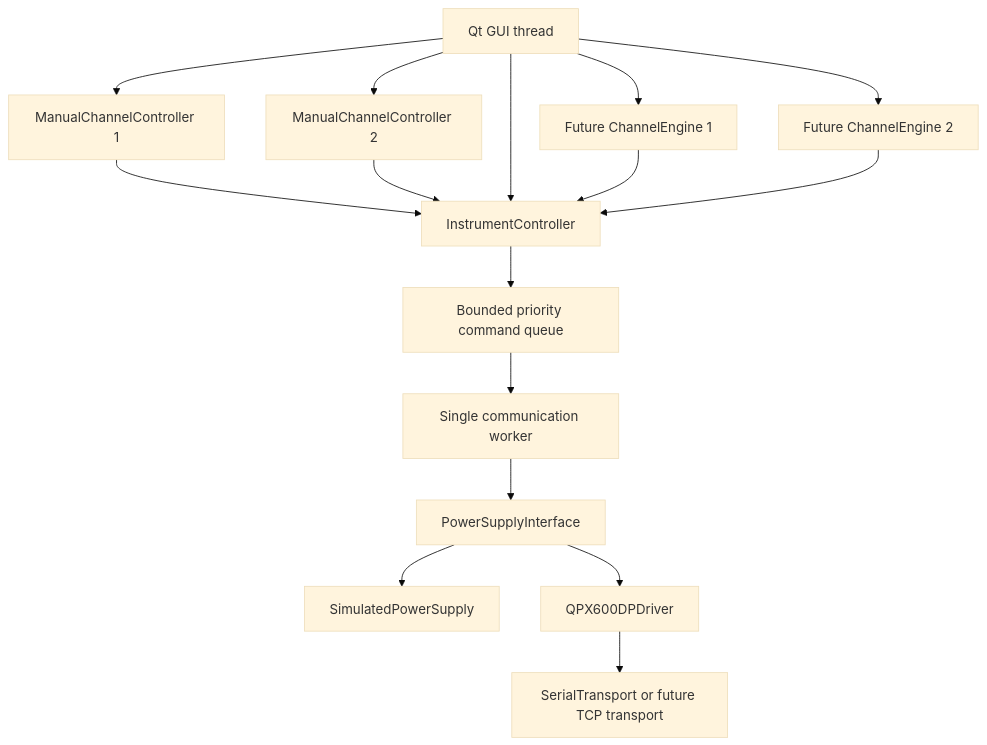
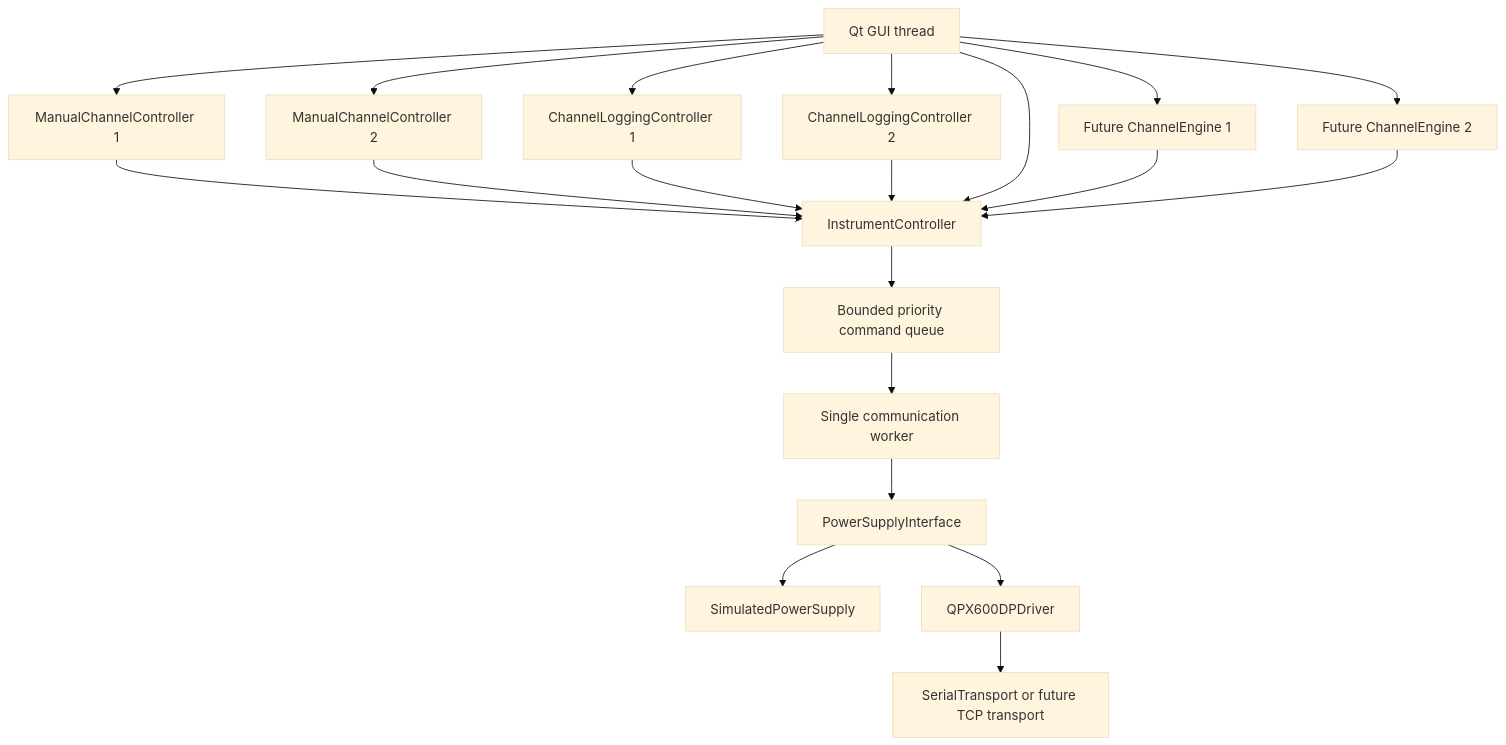
One commit to luna1234-crypto/qpx600dp-electrolyser-control changed the diagram in docs/architecture.md. Above: the diagram before and after it, drawn with Mermaid (base theme). The commit also changed other lines of this file and 15 other files, not shown here.

````diff
--- a/docs/architecture.md
+++ b/docs/architecture.md
@@ -16,18 +17,22 @@
 ```mermaid
 flowchart TD
     GUI["Qt GUI thread"] --> C1["ManualChannelController 1"]
     GUI --> C2["ManualChannelController 2"]
+    GUI --> L1["ChannelLoggingController 1"]
+    GUI --> L2["ChannelLoggingController 2"]
     C1 --> IC
     C2 --> IC
+    L1 --> IC
+    L2 --> IC
     GUI --> E1["Future ChannelEngine 1"]
     GUI --> E2["Future ChannelEngine 2"]
     GUI --> IC["InstrumentController"]
     E1 --> IC
     E2 --> IC
     IC --> Q["Bounded priority command queue"]
     Q --> W["Single communication worker"]
     W --> API["PowerSupplyInterface"]
     API --> SIM["SimulatedPowerSupply"]
     API --> QPX["QPX600DPDriver"]
     QPX --> T["SerialTransport or future TCP transport"]
 ```
````
